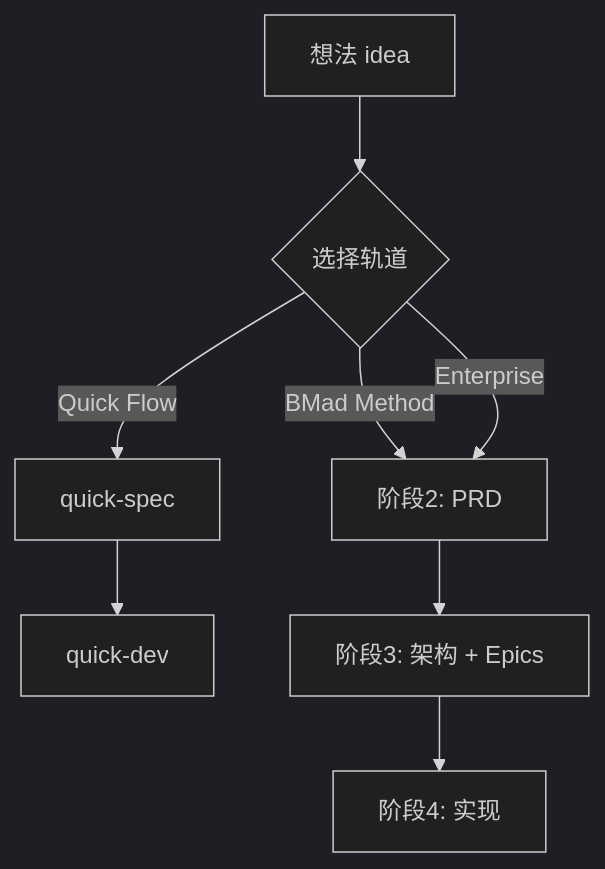
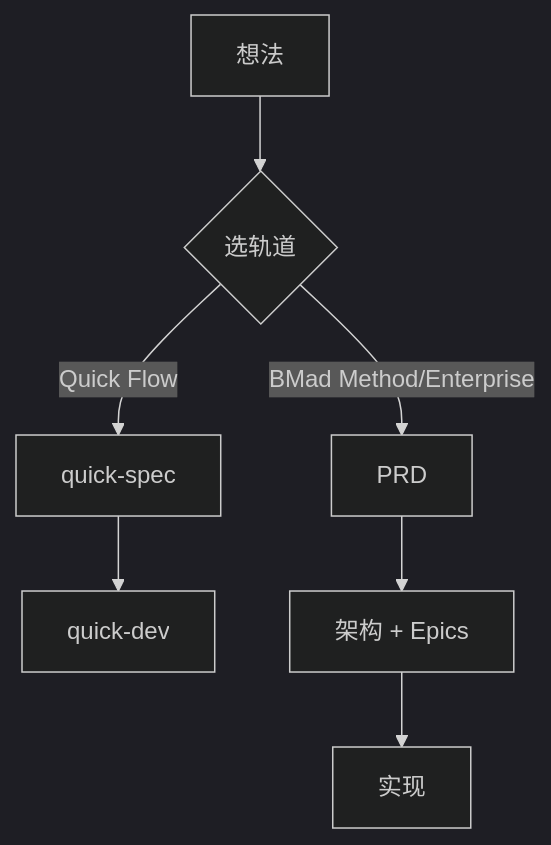
One commit to helloAhao096/helloahao096.github.io changed the second of 3 diagrams in docs/posts/BMAD 使用指南 - AI 驱动敏捷开发框架.md. Above: the diagram before and after it, drawn with Mermaid (dark theme). The commit also changed other lines of this file and 1 other file, not shown here.

First line of the commit message:
docs(posts): 新增 BMAD 与 OpenSpec 配合使用指南

````diff
--- a/docs/posts/BMAD 使用指南 - AI 驱动敏捷开发框架.md
+++ b/docs/posts/BMAD 使用指南 - AI 驱动敏捷开发框架.md
@@ -254,11 +72,10 @@
 ```mermaid
 flowchart TD
-    I[想法 idea] --> Q{选择轨道}
+    I[想法] --> Q{选轨道}
     Q -->|Quick Flow| QS[quick-spec]
     QS --> QD[quick-dev]
 
-    Q -->|BMad Method| P2[阶段2: PRD]
-    Q -->|Enterprise| P2
-    P2 --> P3[阶段3: 架构 + Epics]
-    P3 --> P4[阶段4: 实现]
+    Q -->|BMad Method/Enterprise| P2[PRD]
+    P2 --> P3[架构 + Epics]
+    P3 --> P4[实现]
 ```
````
